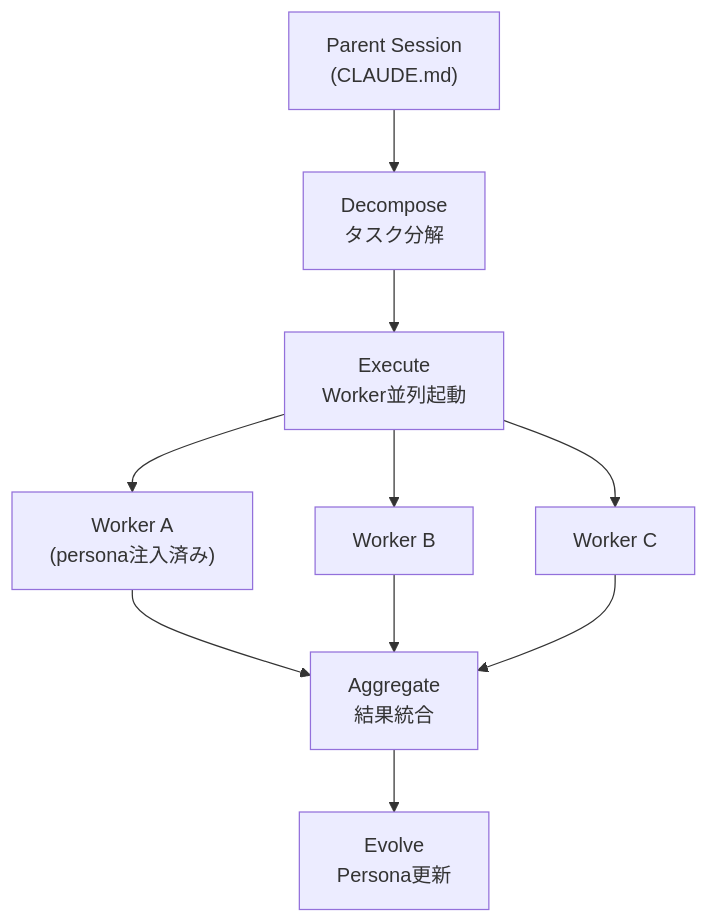
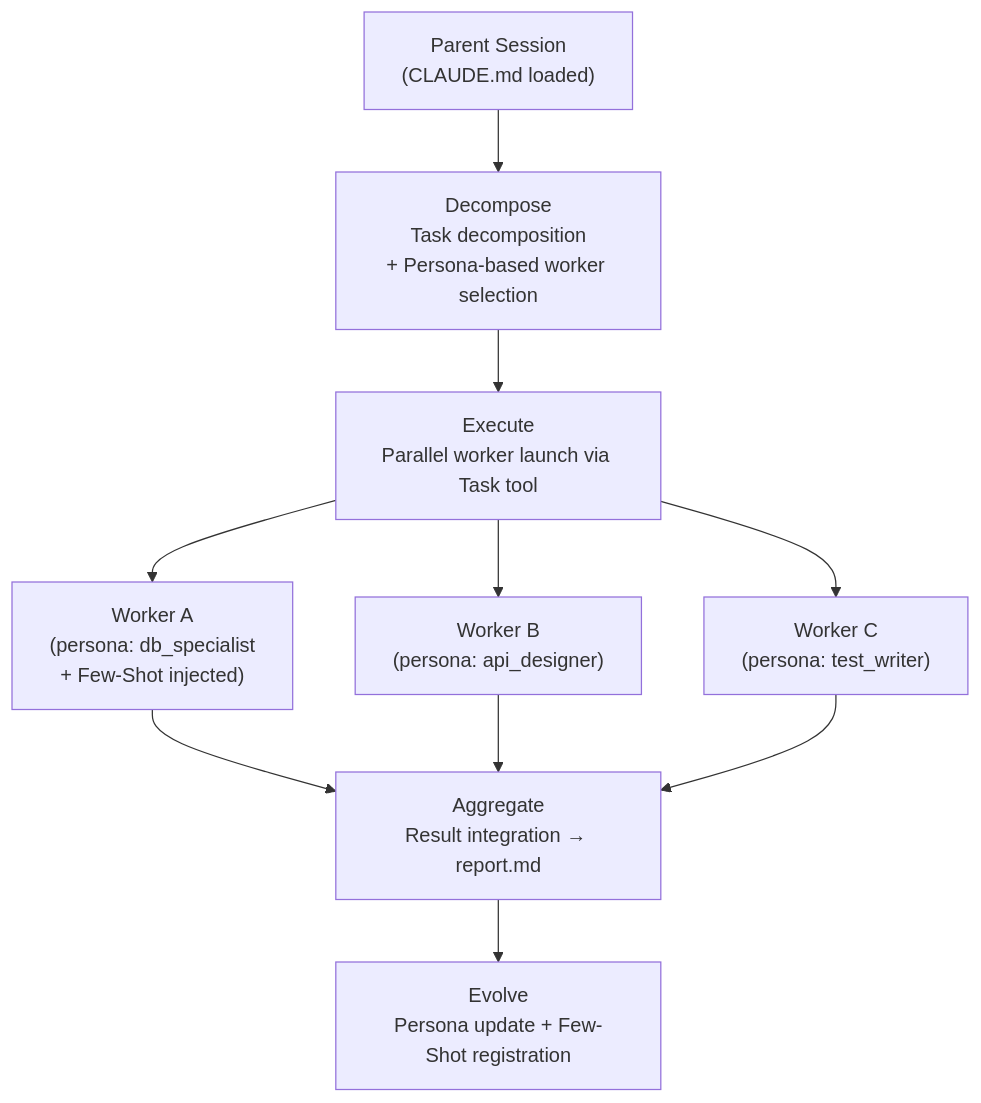
Before and after one commit to skaji18/tanebi: the first of 2 diagrams in README.md, drawn with Mermaid. The commit also changed other lines of this file and 8 other files, not shown here.

````diff
--- a/README.md
+++ b/README.md
@@ -40,15 +23,15 @@
 ```mermaid
 graph TD
-    PS["Parent Session<br/>(CLAUDE.md)"]
-    D["Decompose<br/>タスク分解"]
-    E["Execute<br/>Worker並列起動"]
-    WA["Worker A<br/>(persona注入済み)"]
-    WB["Worker B"]
-    WC["Worker C"]
-    A["Aggregate<br/>結果統合"]
-    EV["Evolve<br/>Persona更新"]
+    PS["Parent Session<br/>(CLAUDE.md loaded)"]
+    D["Decompose<br/>Task decomposition<br/>+ Persona-based worker selection"]
+    E["Execute<br/>Parallel worker launch via Task tool"]
+    WA["Worker A<br/>(persona: db_specialist<br/>+ Few-Shot injected)"]
+    WB["Worker B<br/>(persona: api_designer)"]
+    WC["Worker C<br/>(persona: test_writer)"]
+    A["Aggregate<br/>Result integration → report.md"]
+    EV["Evolve<br/>Persona update + Few-Shot registration"]
 
     PS --> D --> E
     E --> WA & WB & WC
     WA & WB & WC --> A --> EV
 ```
````
